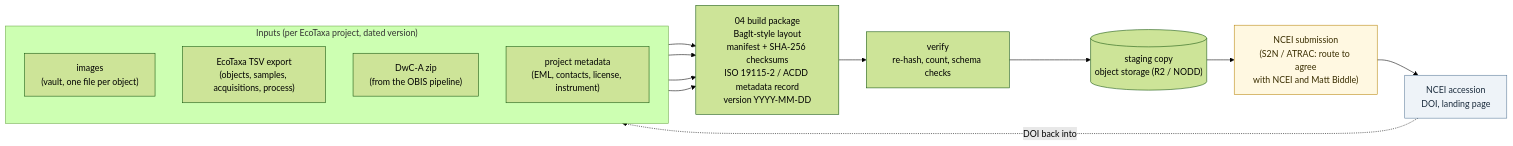
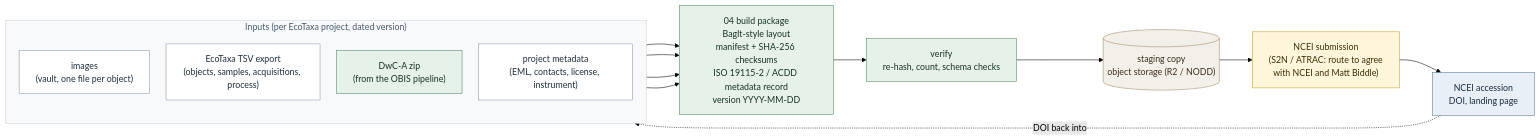
Before and after one commit to oceanmetrics/ecotaxa-demo: the diagram in diagrams/ncei.mmd, drawn with Mermaid (forest theme). The commit also changed 11 other files, not shown here.

First line of the commit message:
diagrams: calm palette, line breaks that render in the browser, zoomable viewer from calcofi4r 1.31.0

```diff
--- a/diagrams/ncei.mmd
+++ b/diagrams/ncei.mmd
@@ -1,18 +1,21 @@
+%%{init: {"flowchart": {"wrappingWidth": 220, "nodeSpacing": 30, "rankSpacing": 60}}}%%
 flowchart LR
   subgraph src["Inputs (per EcoTaxa project, dated version)"]
     direction TB
-    IMG["images\n(vault, one file per object)"]
-    TSV["EcoTaxa TSV export\n(objects, samples, acquisitions, process)"]
-    DWCA["DwC-A zip\n(from the OBIS pipeline)"]
-    MD["project metadata\n(EML, contacts, license, instrument)"]
+    IMG["images<br/>(vault, one file per object)"]:::node
+    TSV["EcoTaxa TSV export<br/>(objects, samples, acquisitions, process)"]:::node
+    DWCA["DwC-A zip<br/>(from the OBIS pipeline)"]:::core
+    MD["project metadata<br/>(EML, contacts, license, instrument)"]:::node
   end
-  IMG & TSV & DWCA & MD --> B["04 build package\nBagIt-style layout\nmanifest + SHA-256 checksums\nISO 19115-2 / ACDD metadata record\nversion YYYY-MM-DD"]
-  B --> V["verify\nre-hash, count, schema checks"]
-  V --> ST[("staging copy\nobject storage (R2 / NODD)")]
-  ST --> SUB["NCEI submission\n(S2N / ATRAC: route to agree\nwith NCEI and Matt Biddle)"]
-  SUB --> ACC["NCEI accession\nDOI, landing page"]
+  IMG & TSV & DWCA & MD --> B["04 build package<br/>BagIt-style layout<br/>manifest + SHA-256 checksums<br/>ISO 19115-2 / ACDD metadata record<br/>version YYYY-MM-DD"]:::core
+  B --> V["verify<br/>re-hash, count, schema checks"]:::core
+  V --> ST[("staging copy<br/>object storage (R2 / NODD)")]:::store
+  ST --> SUB["NCEI submission<br/>(S2N / ATRAC: route to agree<br/>with NCEI and Matt Biddle)"]:::propose
+  SUB --> ACC["NCEI accession<br/>DOI, landing page"]:::ext
   ACC -.->|"DOI back into"| DWCA
-  classDef ext fill:#eef3f8,stroke:#5b7a99,color:#1a2b3c;
-  classDef prop fill:#fff8e1,stroke:#b8860b,color:#3a2e00;
-  class ACC ext;
-  class SUB prop;
+  classDef node     fill:#ffffff,stroke:#8a9bb0,color:#1f2d3d
+  classDef core     fill:#e6f1ea,stroke:#4f8a66,color:#173322
+  classDef ext      fill:#e8eff7,stroke:#5b7a99,color:#1a2b3c
+  classDef store    fill:#f3f0ea,stroke:#a08c6a,color:#3a2e1c
+  classDef propose  fill:#fff6dc,stroke:#c9a227,color:#3a2e00
+  style src fill:#f7f9fb,stroke:#cfd6de,color:#4a5a6a
```
